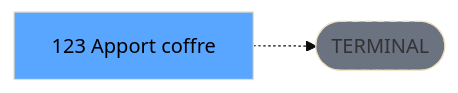
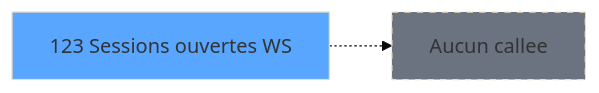
One commit to thonyAGP/magic-migration changed the third of 3 diagrams in .openspec/specs/ADH-IDE-123.md. Above: the diagram before and after it, drawn with Mermaid (base theme). The commit also changed other lines of this file and 311 other files, not shown here.

````diff
--- a/.openspec/specs/ADH-IDE-123.md
+++ b/.openspec/specs/ADH-IDE-123.md
@@ -142,8 +163,8 @@
 ```mermaid
 graph LR
-    T[123 Apport coffre]
-    TERM([TERMINAL])
-    T -.-> TERM
-    style TERM fill:#6b7280,stroke-dasharray: 5 5
-    style T fill:#58a6ff,color:#000
+    T123[123 Sessions ouvertes WS]
+    style T123 fill:#58a6ff
+    NONE[Aucun callee]
+    T123 -.-> NONE
+    style NONE fill:#6b7280,stroke-dasharray: 5 5
 ```
````
